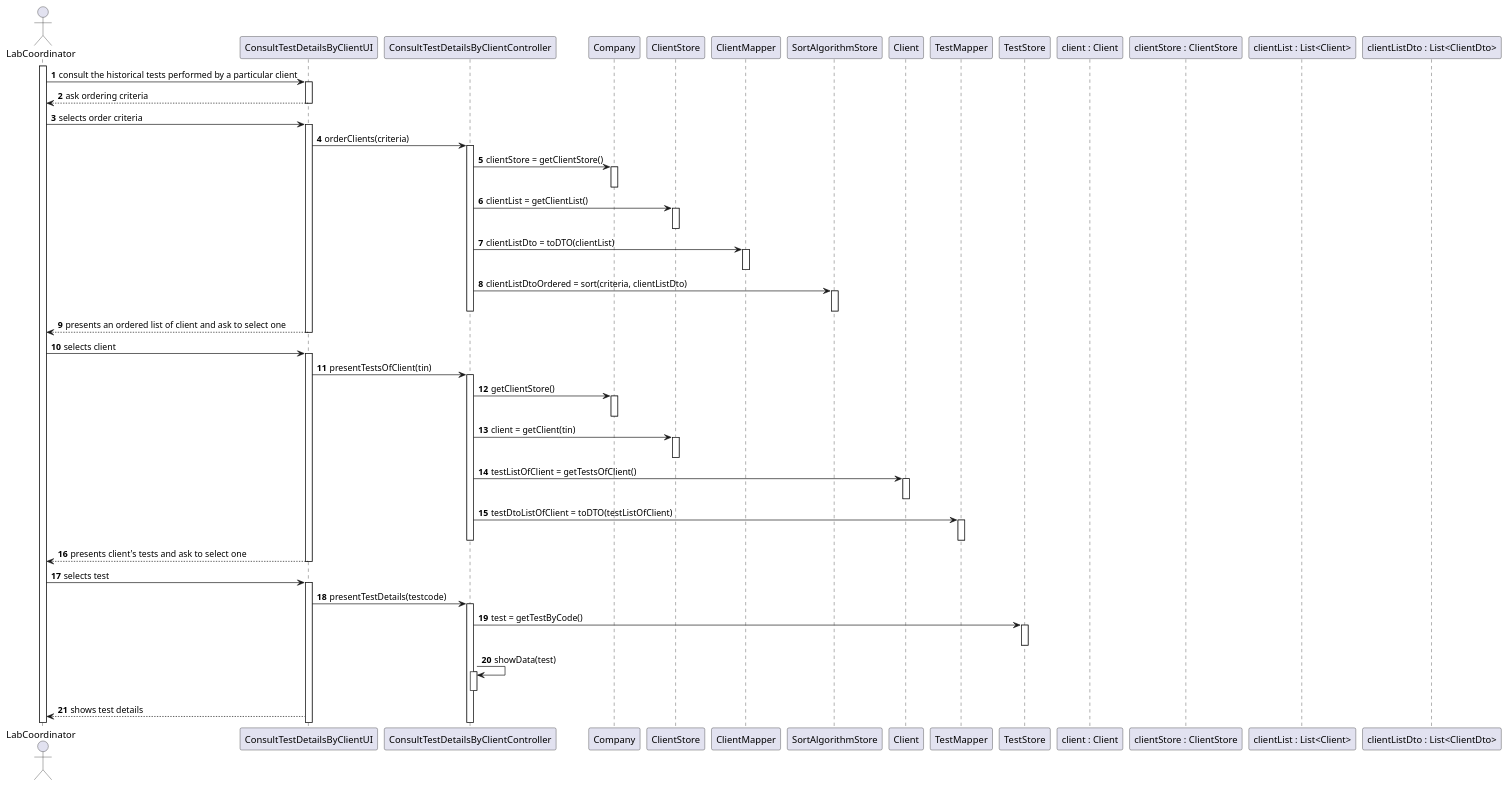
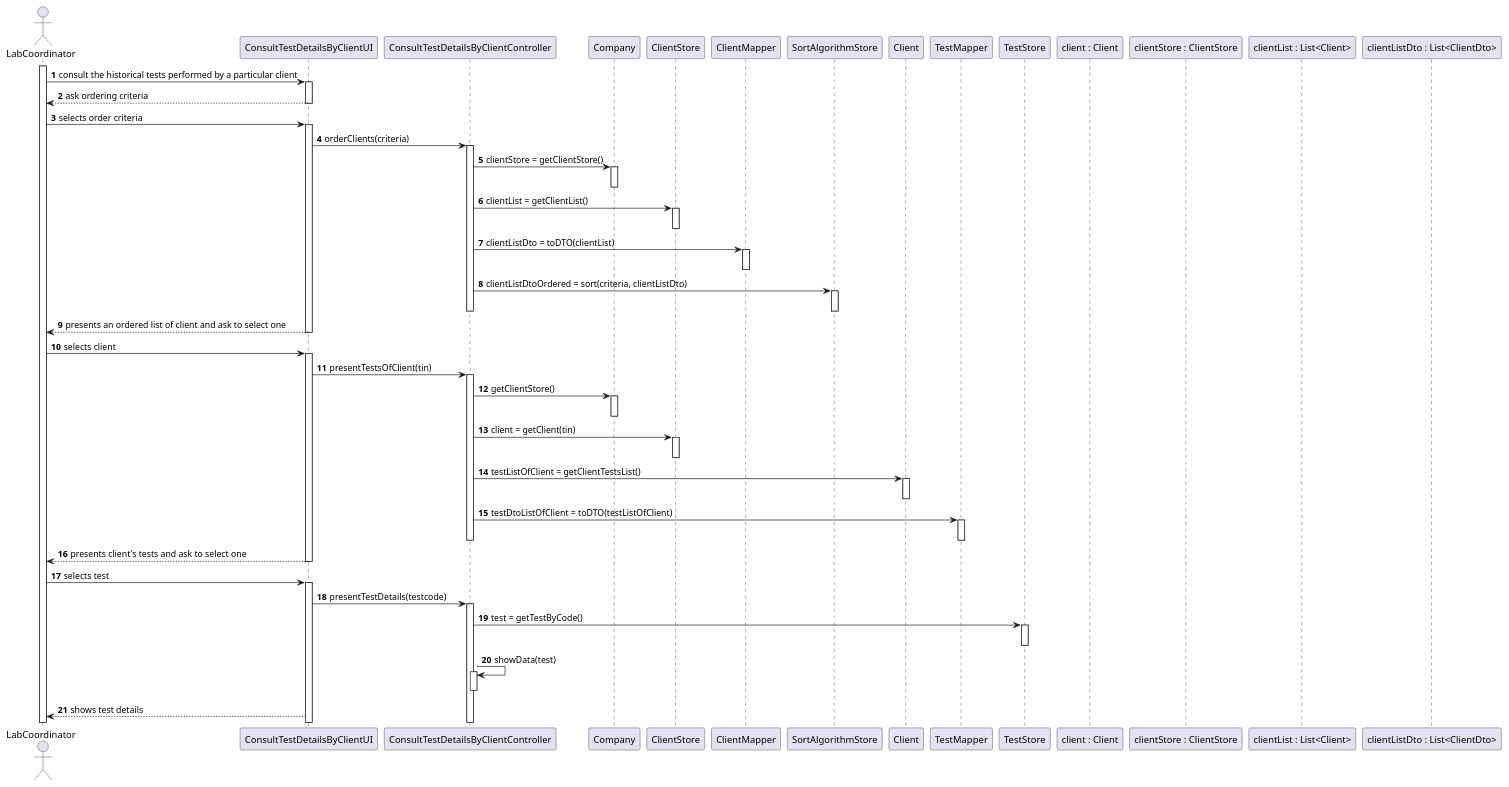
Before and after one commit to 0franciscor/lei-21-s2-1de-g19: the diagram in docs/SprintD/US13/US13_SD.puml, drawn with PlantUML. The commit also changed 5 other files, not shown here.

```diff
--- a/docs/SprintD/US13/US13_SD.puml
+++ b/docs/SprintD/US13/US13_SD.puml
@@ -1,65 +1,65 @@
 @startuml
 'https://plantuml.com/sequence-diagram
 
 autonumber
 actor "LabCoordinator" as LB
 activate LB
 LB -> ConsultTestDetailsByClientUI : consult the historical tests performed by a particular client
 activate ConsultTestDetailsByClientUI
 ConsultTestDetailsByClientUI --> LB : ask ordering criteria
 deactivate ConsultTestDetailsByClientUI
 LB -> ConsultTestDetailsByClientUI : selects order criteria
 activate ConsultTestDetailsByClientUI
 ConsultTestDetailsByClientUI -> ConsultTestDetailsByClientController : orderClients(criteria)
 activate ConsultTestDetailsByClientController
 ConsultTestDetailsByClientController -> Company : clientStore = getClientStore()
 activate Company
 deactivate Company
 ConsultTestDetailsByClientController -> ClientStore : clientList = getClientList()
 activate ClientStore
 deactivate ClientStore
 ConsultTestDetailsByClientController -> ClientMapper  : clientListDto = toDTO(clientList)
 activate ClientMapper
 deactivate ClientMapper
 ConsultTestDetailsByClientController -> SortAlgorithmStore : clientListDtoOrdered = sort(criteria, clientListDto)
 activate SortAlgorithmStore
 deactivate SortAlgorithmStore
 deactivate ConsultTestDetailsByClientController
 
 ConsultTestDetailsByClientUI --> LB : presents an ordered list of client and ask to select one
 deactivate ConsultTestDetailsByClientUI
 LB -> ConsultTestDetailsByClientUI : selects client
 activate ConsultTestDetailsByClientUI
 ConsultTestDetailsByClientUI -> ConsultTestDetailsByClientController :  presentTestsOfClient(tin)
 activate ConsultTestDetailsByClientController
 ConsultTestDetailsByClientController -> Company ++ : getClientStore()
 deactivate Company
 ConsultTestDetailsByClientController -> ClientStore ++ : client = getClient(tin)
 deactivate ClientStore
-ConsultTestDetailsByClientController -> Client ++ : testListOfClient = getTestsOfClient()
+ConsultTestDetailsByClientController -> Client ++ : testListOfClient = getClientTestsList()
 deactivate Client
 ConsultTestDetailsByClientController -> TestMapper : testDtoListOfClient = toDTO(testListOfClient)
 activate TestMapper
 deactivate TestMapper
 deactivate ConsultTestDetailsByClientController
 ConsultTestDetailsByClientUI --> LB : presents client's tests and ask to select one
 deactivate ConsultTestDetailsByClientUI
 LB -> ConsultTestDetailsByClientUI : selects test
 activate ConsultTestDetailsByClientUI
 
 ConsultTestDetailsByClientUI -> ConsultTestDetailsByClientController  : presentTestDetails(testcode)
 activate ConsultTestDetailsByClientController
 ConsultTestDetailsByClientController -> TestStore ++: test = getTestByCode()
 deactivate TestStore
 ConsultTestDetailsByClientController -> ConsultTestDetailsByClientController : showData(test)
 activate ConsultTestDetailsByClientController
 
 deactivate ConsultTestDetailsByClientController
 ConsultTestDetailsByClientUI --> LB : shows test details
 participant "client : Client"
 participant "clientStore : ClientStore"
 participant "clientList : List<Client>"
 participant "clientListDto : List<ClientDto>"
 
 
 @enduml
```
